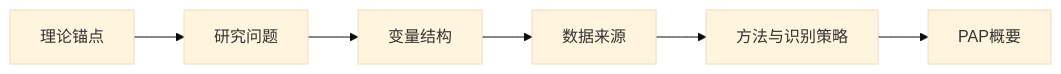
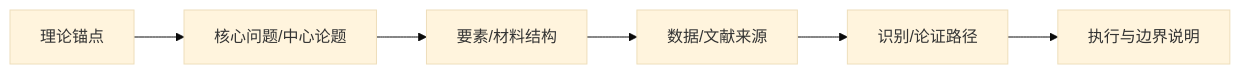
Before and after one commit to JingYangYuan/paper-design-4ss: the diagram in phases/03-design-mode.md, drawn with Mermaid (base theme). The commit also changed other lines of this file and 77 other files, not shown here.

````diff
--- a/phases/03-design-mode.md
+++ b/phases/03-design-mode.md
@@ -72,8 +38,8 @@
 ```mermaid
 flowchart LR
-  T[理论锚点] --> RQ[研究问题]
-  RQ --> V[变量结构]
-  V --> D[数据来源]
-  D --> M[方法与识别策略]
-  M --> PAP[PAP概要]
+  T[理论锚点] --> RQ[核心问题/中心论题]
+  RQ --> V[要素/材料结构]
+  V --> D[数据/文献来源]
+  D --> M[识别/论证路径]
+  M --> PAP[执行与边界说明]
 ```
````
